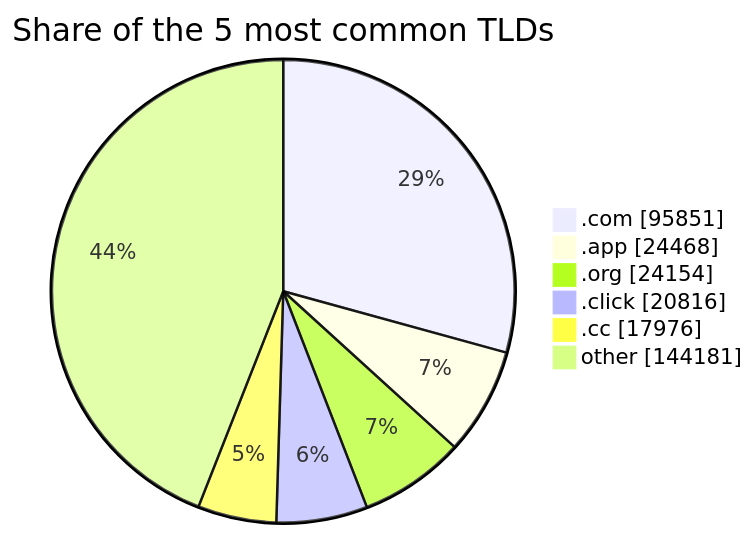
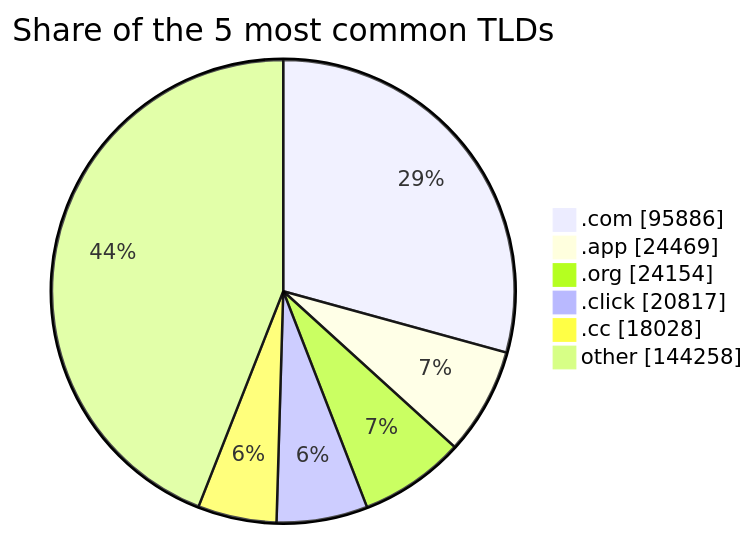
Before and after one commit to DNSBunker/CTI: the third of 3 diagrams in README.md, drawn with Mermaid. The commit also changed other lines of this file and 4 other files, not shown here.

````diff
--- a/README.md
+++ b/README.md
@@ -81,9 +81,9 @@
 ```mermaid
 pie showData title Share of the 5 most common TLDs
-    ".com" : 95851
-    ".app" : 24468
+    ".com" : 95886
+    ".app" : 24469
     ".org" : 24154
-    ".click" : 20816
-    ".cc" : 17976
-    "other" : 144181
+    ".click" : 20817
+    ".cc" : 18028
+    "other" : 144258
 ```
````
